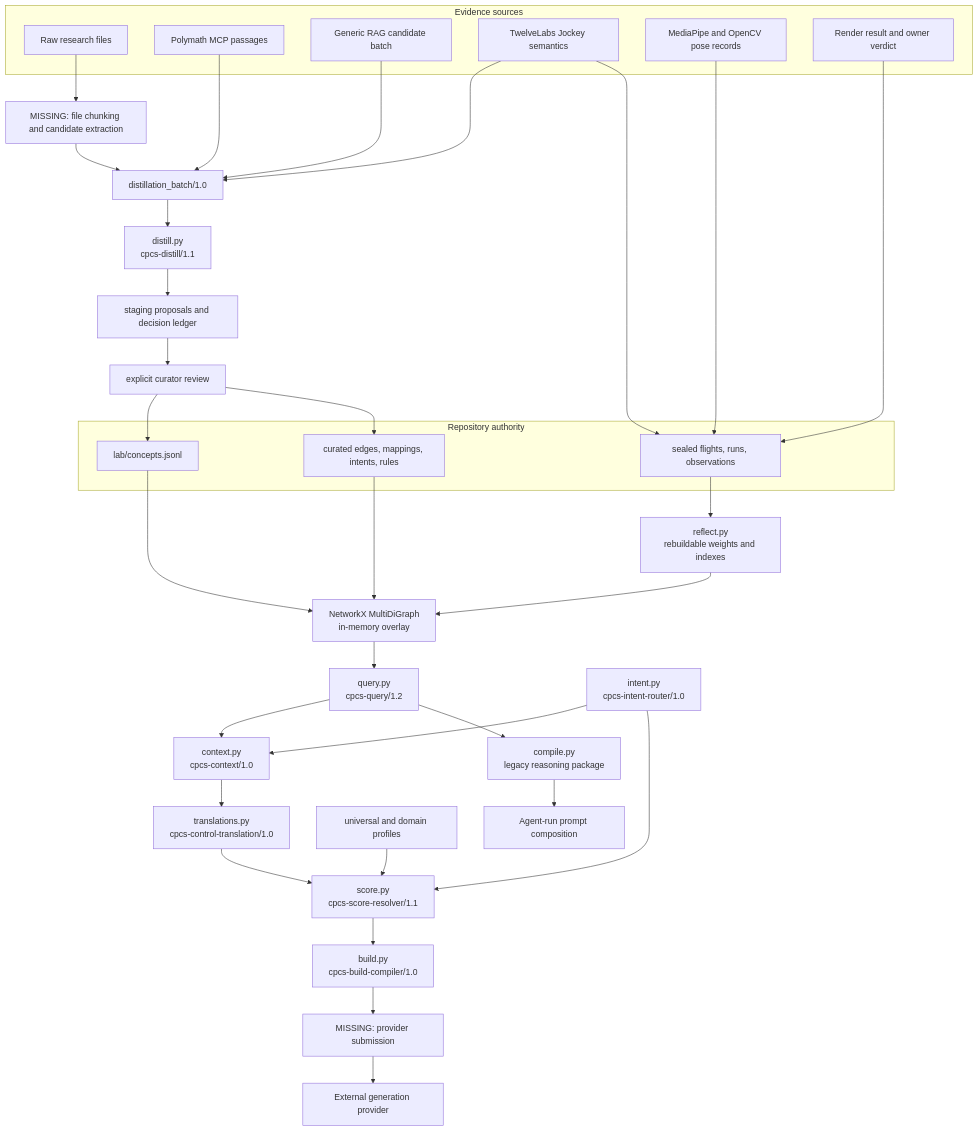
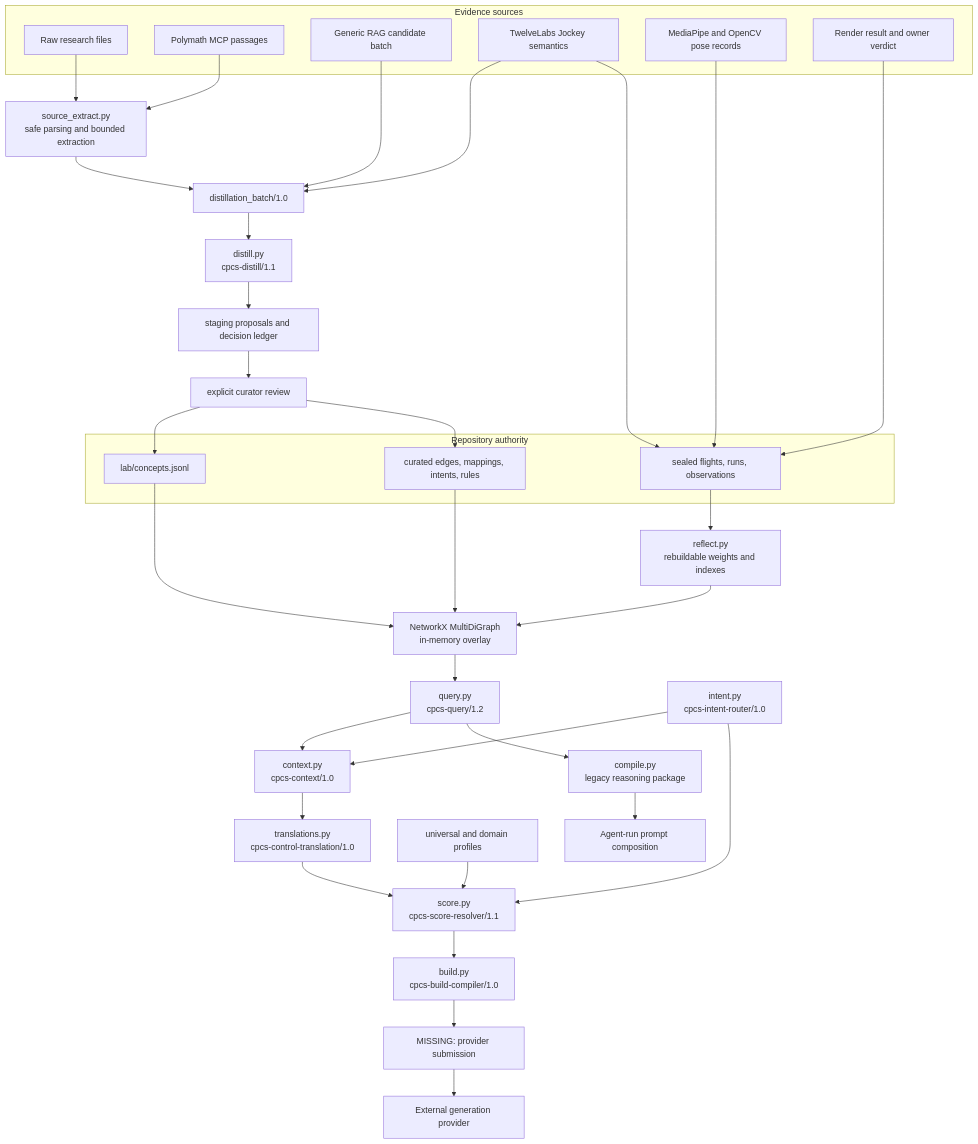
Before and after one commit to Kingsley-Cyber/ai-video-movement-prompt-system: the second of 3 diagrams in ARCHITECTURE.md, drawn with Mermaid. The commit also changed other lines of this file and 18 other files, not shown here.

First line of the commit message:
Ingest research through bounded source extraction

````diff
--- a/ARCHITECTURE.md
+++ b/ARCHITECTURE.md
@@ -477,59 +478,59 @@
 ```mermaid
 flowchart TB
     subgraph Sources["Evidence sources"]
         Raw["Raw research files"]
         Poly["Polymath MCP passages"]
         Generic["Generic RAG candidate batch"]
         Jockey["TwelveLabs Jockey semantics"]
         Pose["MediaPipe and OpenCV pose records"]
         Verdict["Render result and owner verdict"]
     end
 
-    Missing["MISSING: file chunking and candidate extraction"]
+    SourceExtract["source_extract.py\nsafe parsing and bounded extraction"]
     Batch["distillation_batch/1.0"]
     Distill["distill.py\ncpcs-distill/1.1"]
     Staging["staging proposals and decision ledger"]
     Review["explicit curator review"]
 
     subgraph Authority["Repository authority"]
         Concepts["lab/concepts.jsonl"]
         Curated["curated edges, mappings, intents, rules"]
         Immutable["sealed flights, runs, observations"]
     end
 
     Reflect["reflect.py\nrebuildable weights and indexes"]
     Graph["NetworkX MultiDiGraph\nin-memory overlay"]
     Query["query.py\ncpcs-query/1.2"]
     Context["context.py\ncpcs-context/1.0"]
     Intent["intent.py\ncpcs-intent-router/1.0"]
     Translate["translations.py\ncpcs-control-translation/1.0"]
     Profiles["universal and domain profiles"]
     Score["score.py\ncpcs-score-resolver/1.1"]
     Compile["compile.py\nlegacy reasoning package"]
     Build["build.py\ncpcs-build-compiler/1.0"]
     MissingSubmit["MISSING: provider submission"]
     ManualPrompt["Agent-run prompt composition"]
     Provider["External generation provider"]
 
-    Raw --> Missing --> Batch
-    Poly --> Batch
+    Raw --> SourceExtract --> Batch
+    Poly --> SourceExtract
     Generic --> Batch
     Jockey --> Batch
     Batch --> Distill --> Staging --> Review
     Review --> Concepts
     Review --> Curated
     Jockey --> Immutable
     Pose --> Immutable
     Verdict --> Immutable
     Immutable --> Reflect
     Reflect --> Graph
     Concepts --> Graph
     Curated --> Graph
     Graph --> Query --> Context
     Intent --> Context
     Intent --> Score
     Context --> Translate --> Score
     Profiles --> Score
     Score --> Build --> MissingSubmit --> Provider
     Query --> Compile --> ManualPrompt
 ```
````
